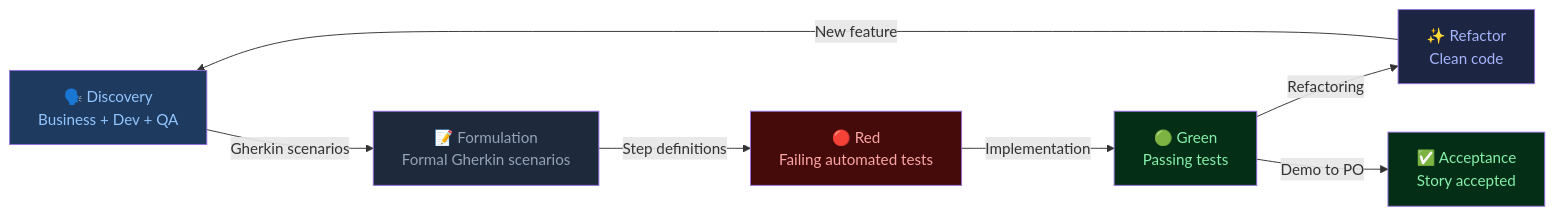
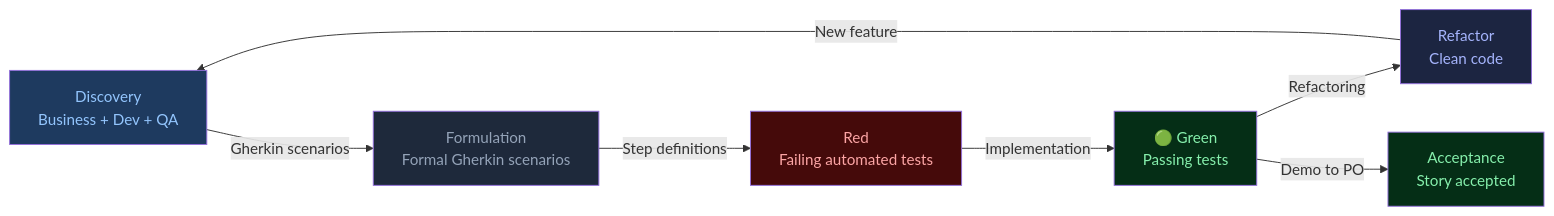
One commit to ngwes/sdsd changed the fourth of 5 diagrams in diagrams/diagrams.md. Above: the diagram before and after it, drawn with Mermaid. The commit also changed 11 other files, not shown here.

````diff
--- a/diagrams/diagrams.md
+++ b/diagrams/diagrams.md
@@ -108,16 +108,16 @@
 ```mermaid
 graph LR
-    A[🗣️ Discovery\nBusiness + Dev + QA] -->|Gherkin scenarios| B[📝 Formulation\nFormal Gherkin scenarios]
-    B -->|Step definitions| C[🔴 Red\nFailing automated tests]
+    A[ Discovery\nBusiness + Dev + QA] -->|Gherkin scenarios| B[ Formulation\nFormal Gherkin scenarios]
+    B -->|Step definitions| C[ Red\nFailing automated tests]
     C -->|Implementation| D[🟢 Green\nPassing tests]
-    D -->|Refactoring| E[✨ Refactor\nClean code]
+    D -->|Refactoring| E[ Refactor\nClean code]
     E -->|New feature| A
-    D -->|Demo to PO| F[✅ Acceptance\nStory accepted]
+    D -->|Demo to PO| F[ Acceptance\nStory accepted]
 
     style A fill:#1e3a5f,color:#93c5fd
     style B fill:#1e293b,color:#94a3b8
     style C fill:#450a0a,color:#fca5a5
     style D fill:#052e16,color:#86efac
     style E fill:#1c2541,color:#a5b4fc
     style F fill:#052e16,color:#86efac
 ```
````
